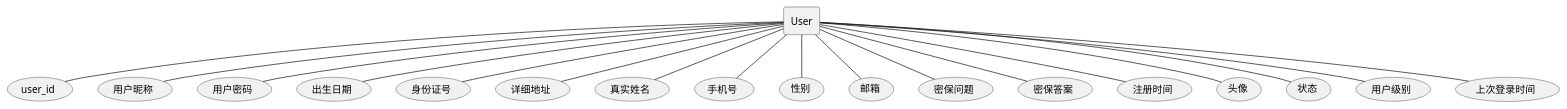
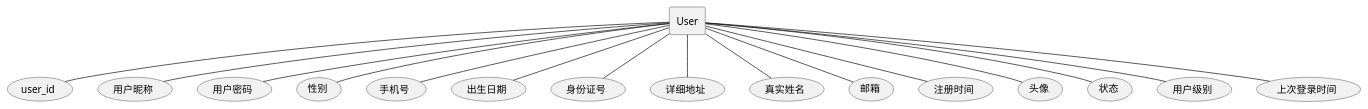
Before and after one commit to xiaokangxxs/notebook: the second of 31 diagrams in docs/UML/plantuml.md, drawn with PlantUML. The commit also changed other lines of this file and 9 other files, not shown here.

Commit message:
add sqoop and update uml

````diff
--- a/docs/UML/plantuml.md
+++ b/docs/UML/plantuml.md
@@ -41,22 +41,20 @@
 ```plantuml
 @startuml
 rectangle User
 User -- (user_id)
 User -- (用户昵称)
 User -- (用户密码)
+User -- (性别)
+User -- (手机号)
 User -- (出生日期)
 User -- (身份证号)
 User -- (详细地址)
 User -- (真实姓名)
-User -- (手机号)
-User -- (性别)
 User -- (邮箱)
-User -- (密保问题)
-User -- (密保答案)
 User -- (注册时间)
 User -- (头像)
 User -- (状态)
 User -- (用户级别)
 User -- (上次登录时间)
 @enduml
 ```
````
